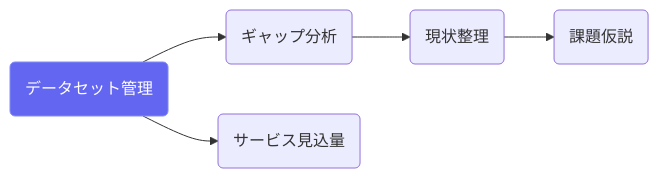
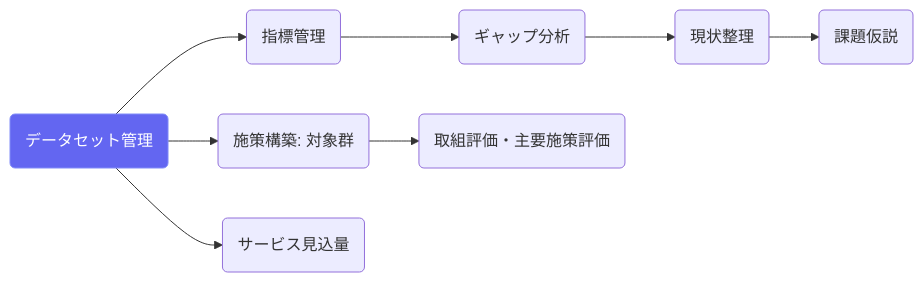
Before and after one commit to halcyon19451225/govlink-ai: the first of 2 diagrams in app/src/content/manual/datasets.md, drawn with Mermaid. The commit also changed other lines of this file and 13 other files, not shown here.

````diff
--- a/app/src/content/manual/datasets.md
+++ b/app/src/content/manual/datasets.md
@@ -25,6 +37,7 @@
 ```mermaid
 flowchart LR
-  DS(データセット管理):::here --> P1(ギャップ分析) --> P2(現状整理) --> P3(課題仮説)
+  DS(データセット管理):::here --> IND(指標管理) --> P1(ギャップ分析) --> P2(現状整理) --> P3(課題仮説)
+  DS --> MD(施策構築: 対象群) --> EV(取組評価・主要施策評価)
   DS --> SV(サービス見込量)
   classDef here fill:#6366f1,color:#fff,stroke:#818cf8
 ```
````
